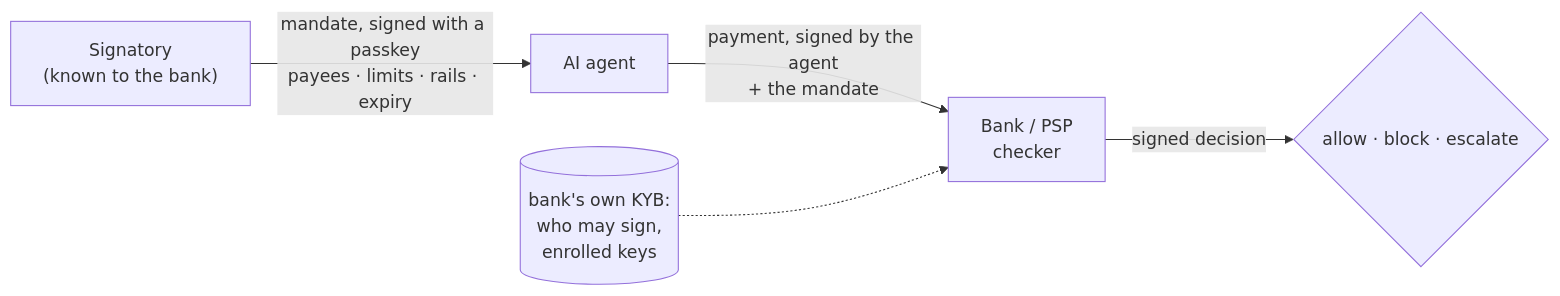
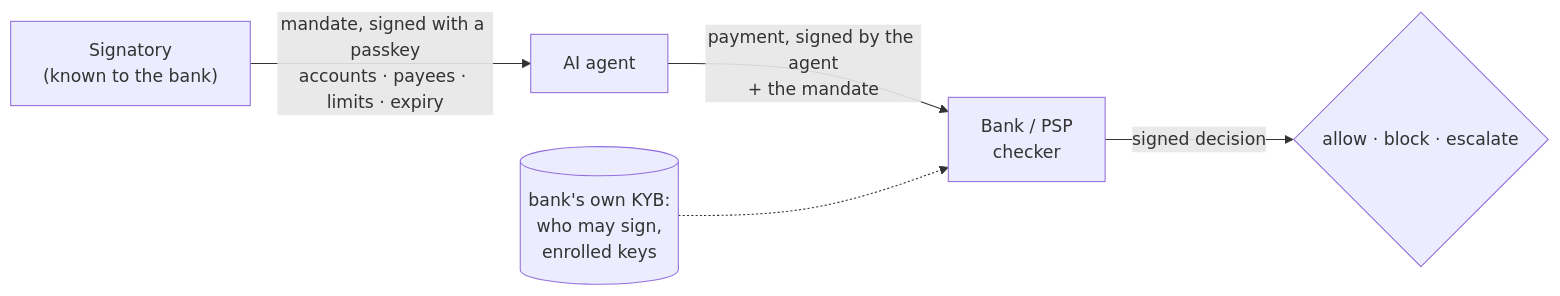
One commit to getgleipnir/gleipnir changed the diagram in README.md. Above: the diagram before and after it, drawn with Mermaid. The commit also changed other lines of this file and 25 other files, not shown here.

First line of the commit message:
mandate spec 0.3: debtor accounts, accounts worldwide, overrides, signed status

````diff
--- a/README.md
+++ b/README.md
@@ -7,7 +7,7 @@
 ```mermaid
 flowchart LR
-    S["Signatory<br/>(known to the bank)"] -- "mandate, signed with a passkey<br/>payees · limits · rails · expiry" --> A["AI agent"]
+    S["Signatory<br/>(known to the bank)"] -- "mandate, signed with a passkey<br/>accounts · payees · limits · expiry" --> A["AI agent"]
     A -- "payment, signed by the agent<br/>+ the mandate" --> B["Bank / PSP<br/>checker"]
     K[("bank's own KYB:<br/>who may sign,<br/>enrolled keys")] -.-> B
     B -- "signed decision" --> D{"allow · block · escalate"}
 ```
````
